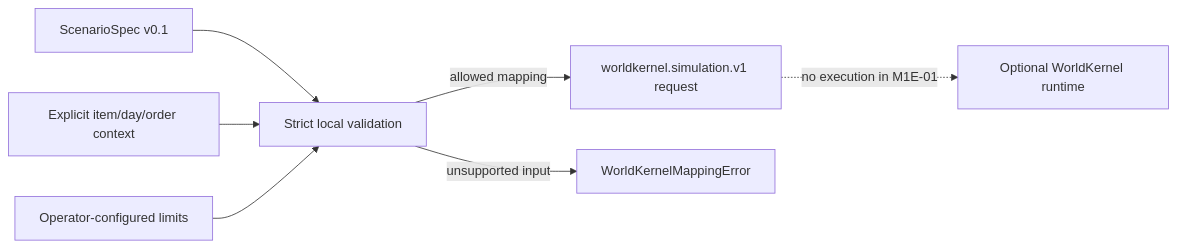
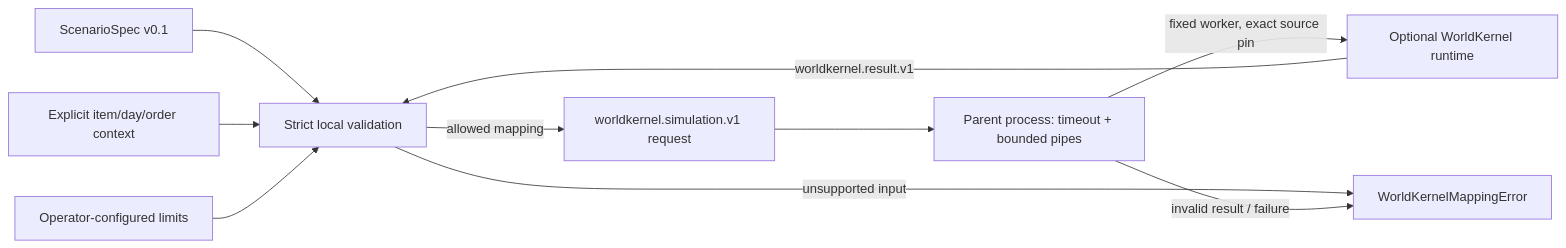
Before and after one commit to GustavoMFDS/MirrorMind: the diagram in docs/engineering/WORLDKERNEL_MAPPING_WALKTHROUGH.md, drawn with Mermaid. The commit also changed other lines of this file and 32 other files, not shown here.

Commit message:
feat(simulation): run pinned WorldKernel demo

````diff
--- a/docs/engineering/WORLDKERNEL_MAPPING_WALKTHROUGH.md
+++ b/docs/engineering/WORLDKERNEL_MAPPING_WALKTHROUGH.md
@@ -19,9 +16,12 @@
 ```mermaid
 flowchart LR
   S[ScenarioSpec v0.1] --> V[Strict local validation]
   U[Explicit item/day/order context] --> V
   L[Operator-configured limits] --> V
   V -->|allowed mapping| R[worldkernel.simulation.v1 request]
   V -->|unsupported input| E[WorldKernelMappingError]
-  R -. no execution in M1E-01 .-> W[Optional WorldKernel runtime]
+  R --> P[Parent process: timeout + bounded pipes]
+  P -->|fixed worker, exact source pin| W[Optional WorldKernel runtime]
+  W -->|worldkernel.result.v1| V
+  P -->|invalid result / failure| E
 ```
````
